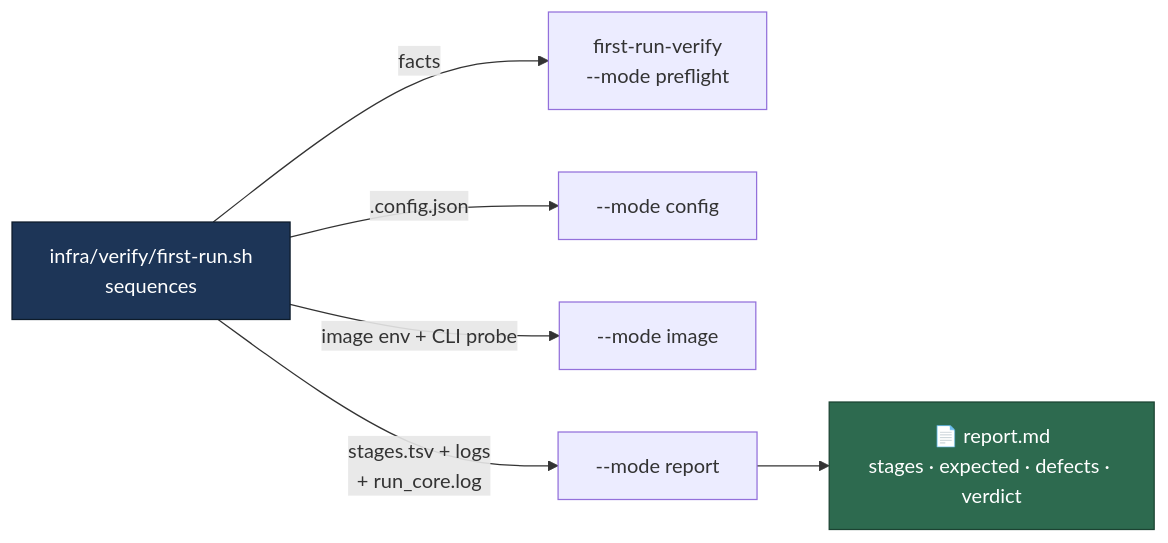
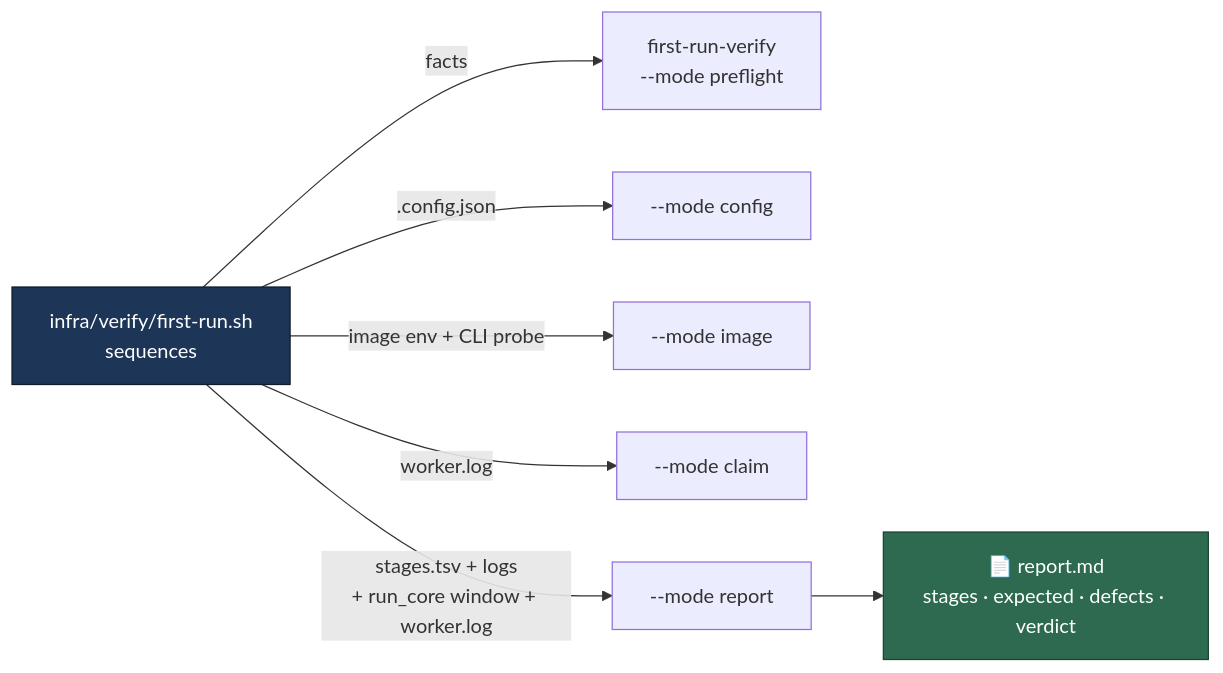
One commit to stSoftwareAU/VibeCoder changed the diagram in docs/archive/pr-summaries/pr-summary-736.md. Above: the diagram before and after it, drawn with Mermaid. The commit also changed other lines of this file, not shown here.

First line of the commit message:
Record the PR summary for the scripted first-run verification (Issue #736)

````diff
--- a/docs/archive/pr-summaries/pr-summary-736.md
+++ b/docs/archive/pr-summaries/pr-summary-736.md
@@ -50,10 +60,11 @@
 ```mermaid
 flowchart LR
     S["infra/verify/first-run.sh<br/>sequences"] -->|facts| P["first-run-verify<br/>--mode preflight"]
     S -->|.config.json| C["--mode config"]
     S -->|image env + CLI probe| I["--mode image"]
-    S -->|stages.tsv + logs<br/>+ run_core.log| R["--mode report"]
+    S -->|worker.log| K["--mode claim"]
+    S -->|"stages.tsv + logs<br/>+ run_core window + worker.log"| R["--mode report"]
     R --> M["📄 report.md<br/>stages · expected · defects · verdict"]
     style S fill:#1d3557,stroke:#0d1b2a,color:#fff
     style M fill:#2d6a4f,stroke:#1b4332,color:#fff
 ```
````
